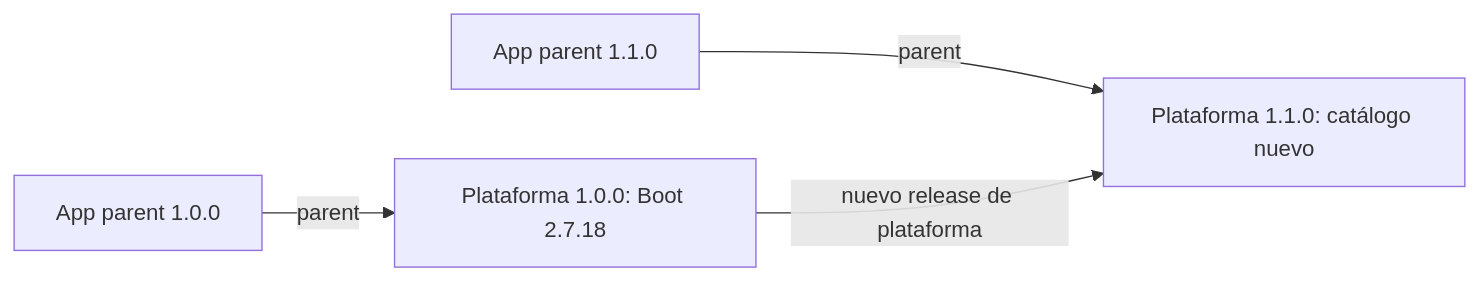
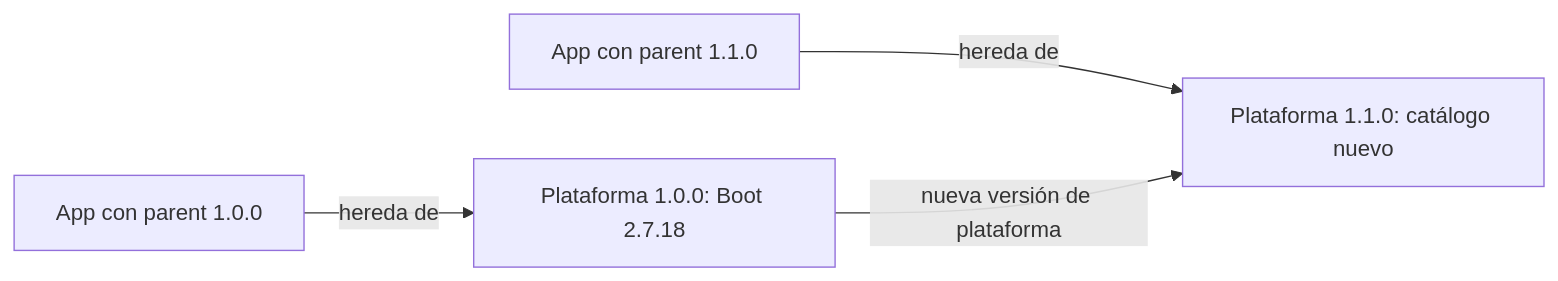
Before and after one commit to IAAA-Lab/maven-corporate-pom: the fourth of 4 diagrams in README.md, drawn with Mermaid. The commit also changed other lines of this file, not shown here.

````diff
--- a/README.md
+++ b/README.md
@@ -171,11 +206,11 @@
 ```mermaid
 flowchart LR
-    oldApp["App parent 1.0.0"]
+    oldApp["App con parent 1.0.0"]
     oldPlatform["Plataforma 1.0.0: Boot 2.7.18"]
     newPlatform["Plataforma 1.1.0: catálogo nuevo"]
-    upgradedApp["App parent 1.1.0"]
+    upgradedApp["App con parent 1.1.0"]
 
-    oldApp -->|"parent"| oldPlatform
-    upgradedApp -->|"parent"| newPlatform
-    oldPlatform -->|"nuevo release de plataforma"| newPlatform
+    oldApp -->|"hereda de"| oldPlatform
+    upgradedApp -->|"hereda de"| newPlatform
+    oldPlatform -->|"nueva versión de plataforma"| newPlatform
 ```
````
